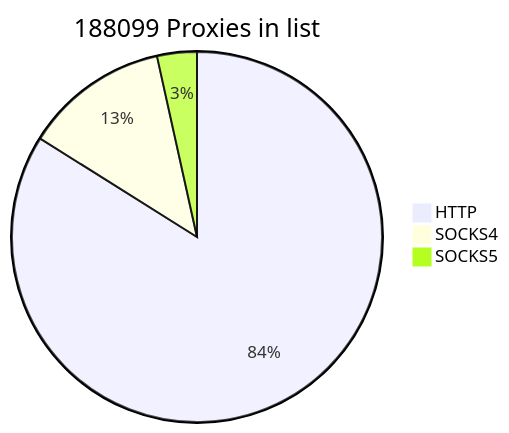
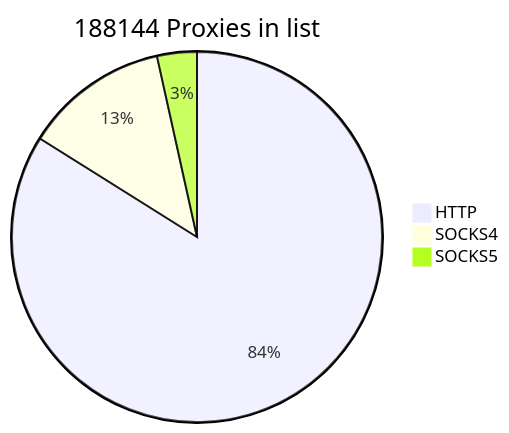
One commit to cutipu/proxylist changed the first of 2 diagrams in README.md. Above: the diagram before and after it, drawn with Mermaid. The commit also changed other lines of this file, not shown here.

````diff
--- a/README.md
+++ b/README.md
@@ -2,7 +2,7 @@
 ```mermaid
-pie title 188099 Proxies in list
-    "HTTP" : 157856
-    "SOCKS4" : 23720
-    "SOCKS5" : 6523
+pie title 188144 Proxies in list
+    "HTTP" : 157877
+    "SOCKS4" : 23740
+    "SOCKS5" : 6527
             
 ```
````
